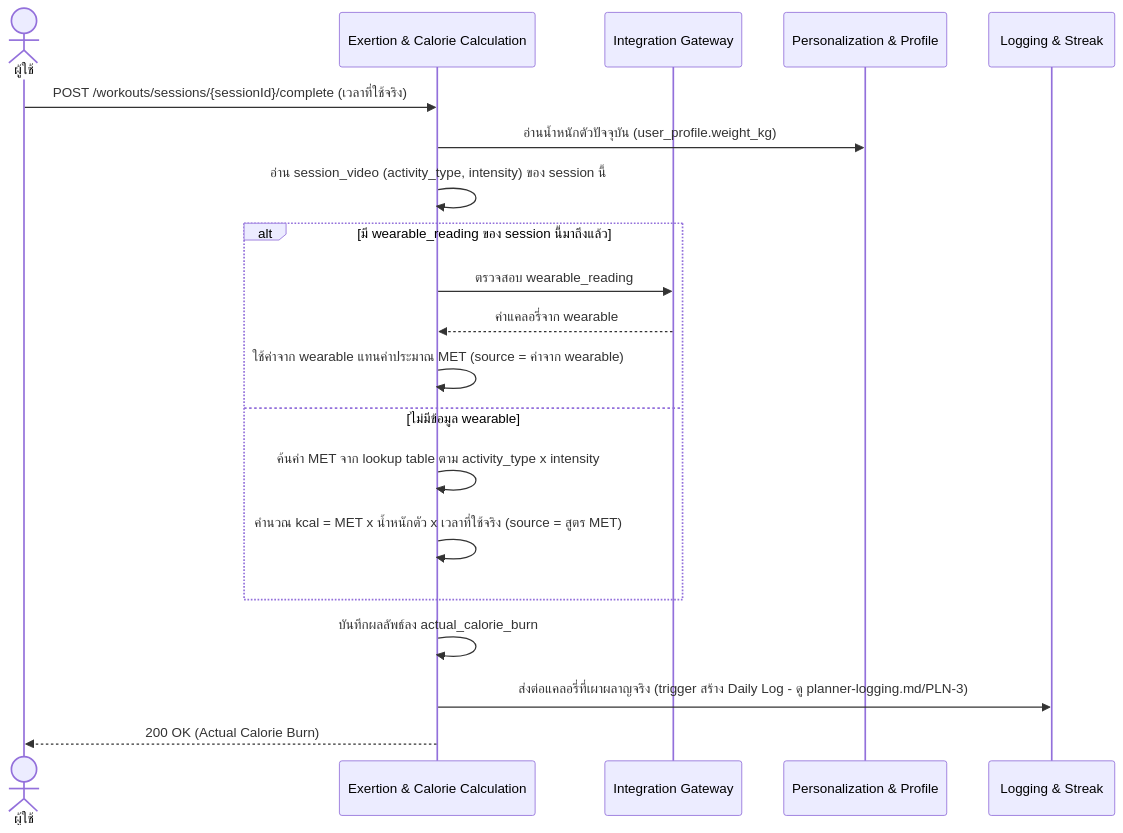
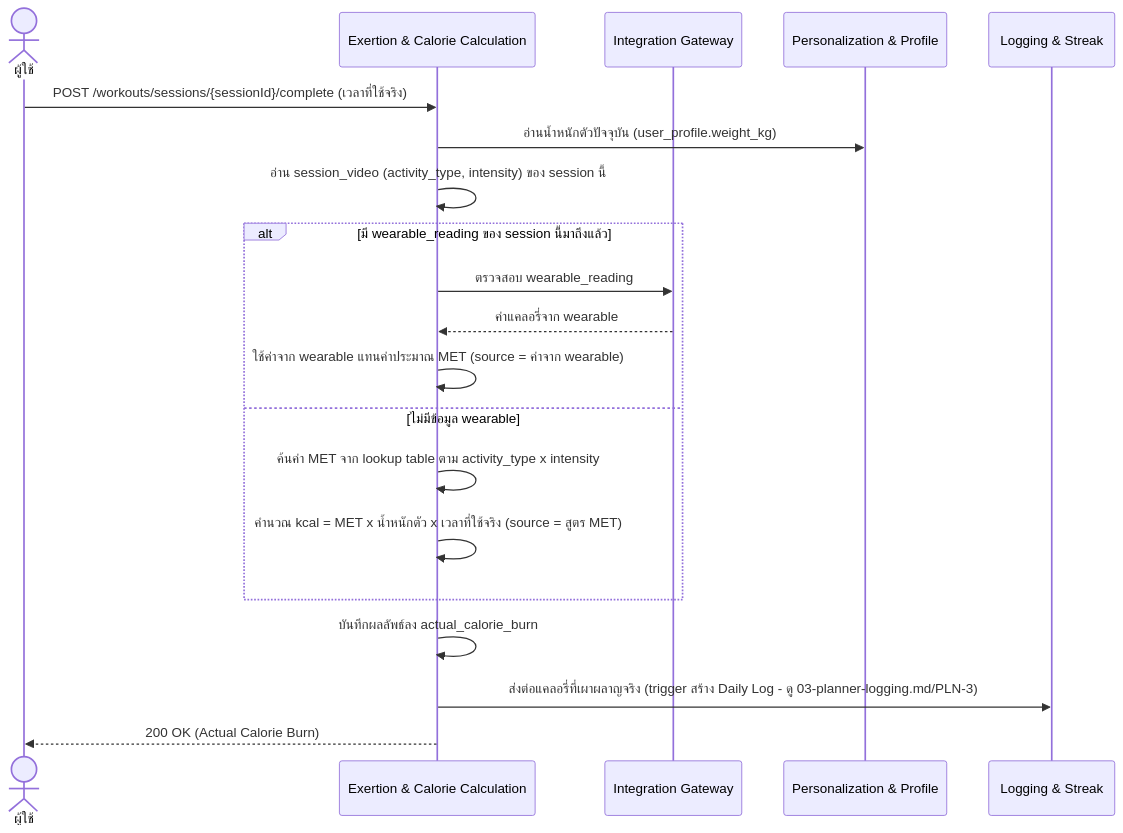
One commit to Kikofah/smartFit_daily changed the third of 5 diagrams in docs/02-design/02-technical/detailed-design/02-daily-youtube-recommendation.md. Above: the diagram before and after it, drawn with Mermaid. The commit also changed other lines of this file and 4 other files, not shown here.

````diff
--- a/docs/02-design/02-technical/detailed-design/02-daily-youtube-recommendation.md
+++ b/docs/02-design/02-technical/detailed-design/02-daily-youtube-recommendation.md
@@ -80,22 +80,22 @@
 ```mermaid
 sequenceDiagram
     actor U as ผู้ใช้
     participant EC as Exertion & Calorie Calculation
     participant IG as Integration Gateway
     participant PP as Personalization & Profile
     participant LS as Logging & Streak
     U->>EC: POST /workouts/sessions/{sessionId}/complete (เวลาที่ใช้จริง)
     EC->>PP: อ่านน้ำหนักตัวปัจจุบัน (user_profile.weight_kg)
     EC->>EC: อ่าน session_video (activity_type, intensity) ของ session นี้
     alt มี wearable_reading ของ session นี้มาถึงแล้ว
         EC->>IG: ตรวจสอบ wearable_reading
         IG-->>EC: ค่าแคลอรี่จาก wearable
         EC->>EC: ใช้ค่าจาก wearable แทนค่าประมาณ MET (source = ค่าจาก wearable)
     else ไม่มีข้อมูล wearable
         EC->>EC: ค้นค่า MET จาก lookup table ตาม activity_type x intensity
         EC->>EC: คำนวณ kcal = MET x น้ำหนักตัว x เวลาที่ใช้จริง (source = สูตร MET)
     end
     EC->>EC: บันทึกผลลัพธ์ลง actual_calorie_burn
-    EC->>LS: ส่งต่อแคลอรี่ที่เผาผลาญจริง (trigger สร้าง Daily Log - ดู planner-logging.md/PLN-3)
+    EC->>LS: ส่งต่อแคลอรี่ที่เผาผลาญจริง (trigger สร้าง Daily Log - ดู 03-planner-logging.md/PLN-3)
     EC-->>U: 200 OK (Actual Calorie Burn)
 ```
````
